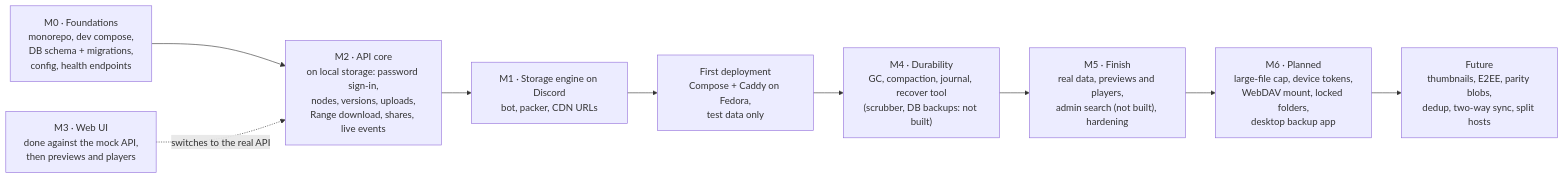
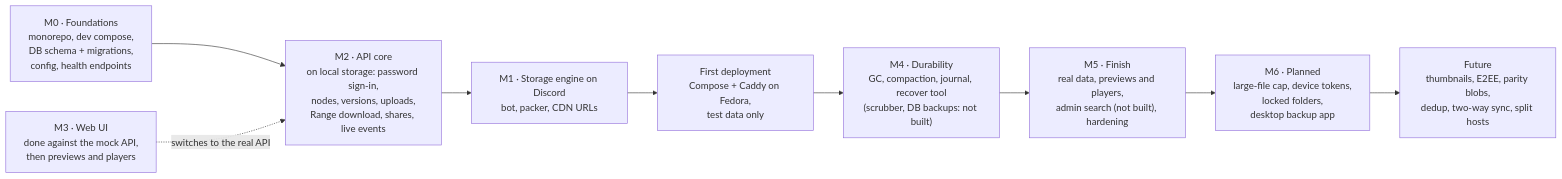
Before and after one commit to AlexB8675/DFS: diagram 11 of 11 in docs/DESIGN.md, drawn with Mermaid. The commit also changed other lines of this file, not shown here.

````diff
--- a/docs/DESIGN.md
+++ b/docs/DESIGN.md
@@ -1225,11 +1200,11 @@
 ```mermaid
 flowchart LR
     M0["M0 · Foundations<br/>monorepo, dev compose,<br/>DB schema + migrations,<br/>config, health endpoints"] --> M2["M2 · API core<br/>on local storage: password sign-in,<br/>nodes, versions, uploads,<br/>Range download, shares, live events"]
     M3["M3 · Web UI<br/>done against the mock API,<br/>then previews and players"] -.->|"switches to the real API"| M2
     M2 --> M1["M1 · Storage engine on Discord<br/>bot, packer, CDN URLs"]
     M1 --> DEP["First deployment<br/>Compose + Caddy on Fedora,<br/>test data only"]
     DEP --> M4["M4 · Durability<br/>GC, compaction, journal, recover tool<br/>(scrubber, DB backups: not built)"]
     M4 --> M5["M5 · Finish<br/>real data, previews and players,<br/>admin search (not built), hardening"]
-    M5 --> M6["M6 · Planned<br/>large-file cap, device tokens,<br/>WebDAV mount, locked folders,<br/>desktop backup app"]
+    M5 --> M6["M6 · Planned<br/>large-file cap, device tokens,<br/>locked folders,<br/>desktop backup app"]
     M6 --> F["Future<br/>thumbnails, E2EE, parity blobs,<br/>dedup, two-way sync, split hosts"]
 ```
````
